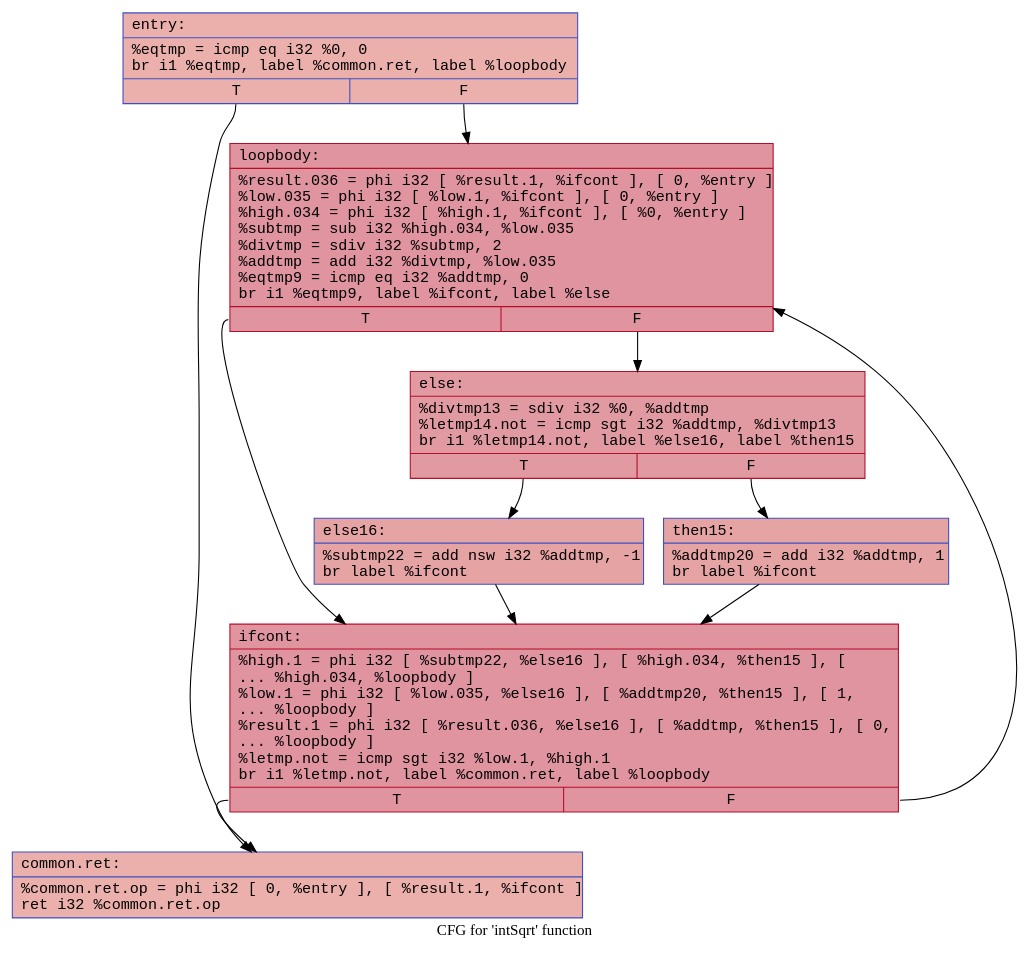
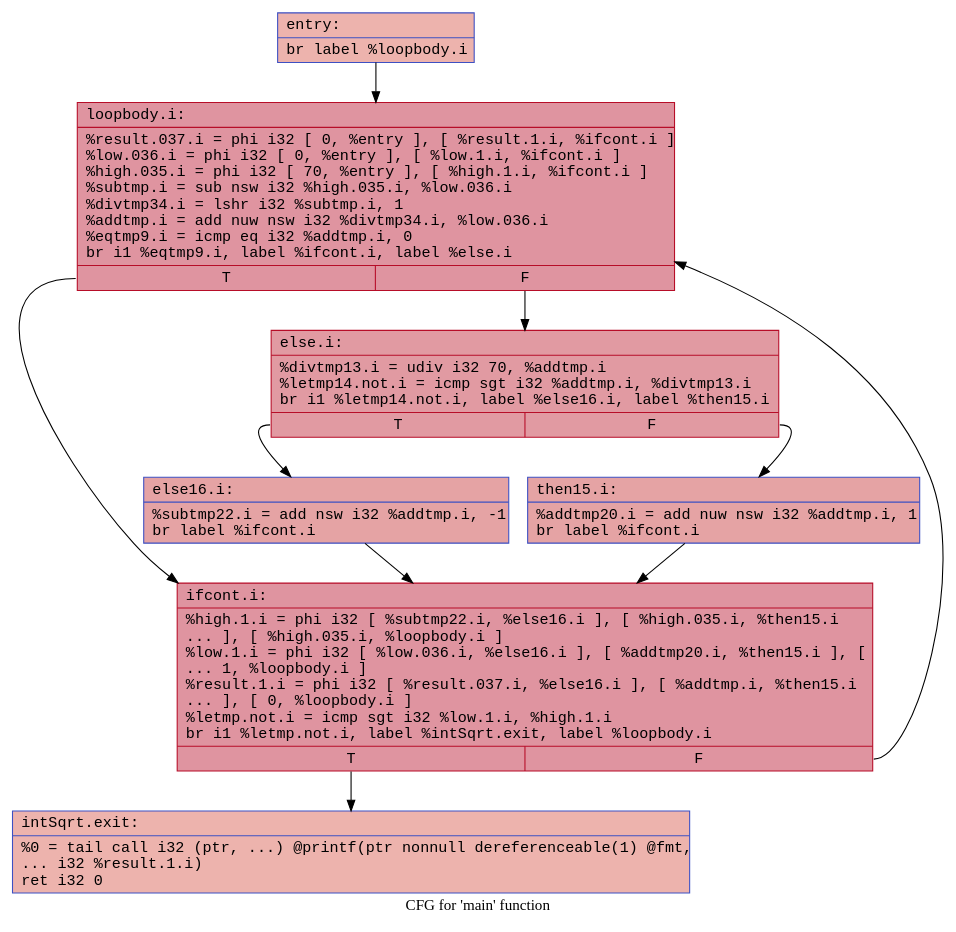
Before and after one commit to twanman1412/blueprintScript: the third of 4 diagrams in examples/int_sqrt/int_sqrt.md, drawn with Graphviz. The commit also changed other lines of this file and 58 other files, not shown here.

````diff
--- a/examples/int_sqrt/int_sqrt.md
+++ b/examples/int_sqrt/int_sqrt.md
@@ -57,23 +88,22 @@
 ```dot
-digraph "CFG for 'intSqrt' function" {
-	label="CFG for 'intSqrt' function";
+digraph "CFG for 'main' function" {
+	label="CFG for 'main' function";
 
-	Node0x5601991866d0 [shape=record,color="#3d50c3ff", style=filled, fillcolor="#d24b4070", fontname="Courier",label="{entry:\l|  %eqtmp = icmp eq i32 %0, 0\l  br i1 %eqtmp, label %common.ret, label %loopbody\l|{<s0>T|<s1>F}}"];
-	Node0x5601991866d0:s0 -> Node0x560199186810;
-	Node0x5601991866d0:s1 -> Node0x560199186d40;
-	Node0x560199186810 [shape=record,color="#3d50c3ff", style=filled, fillcolor="#d24b4070", fontname="Courier",label="{common.ret:\l|  %common.ret.op = phi i32 [ 0, %entry ], [ %result.1, %ifcont ]\l  ret i32 %common.ret.op\l}"];
-	Node0x560199186d40 [shape=record,color="#b70d28ff", style=filled, fillcolor="#b70d2870", fontname="Courier",label="{loopbody:\l|  %result.036 = phi i32 [ %result.1, %ifcont ], [ 0, %entry ]\l  %low.035 = phi i32 [ %low.1, %ifcont ], [ 0, %entry ]\l  %high.034 = phi i32 [ %high.1, %ifcont ], [ %0, %entry ]\l  %subtmp = sub i32 %high.034, %low.035\l  %divtmp = sdiv i32 %subtmp, 2\l  %addtmp = add i32 %divtmp, %low.035\l  %eqtmp9 = icmp eq i32 %addtmp, 0\l  br i1 %eqtmp9, label %ifcont, label %else\l|{<s0>T|<s1>F}}"];
-	Node0x560199186d40:s0 -> Node0x560199186f40;
-	Node0x560199186d40:s1 -> Node0x560199187c00;
-	Node0x560199187c00 [shape=record,color="#b70d28ff", style=filled, fillcolor="#bb1b2c70", fontname="Courier",label="{else:\l|  %divtmp13 = sdiv i32 %0, %addtmp\l  %letmp14.not = icmp sgt i32 %addtmp, %divtmp13\l  br i1 %letmp14.not, label %else16, label %then15\l|{<s0>T|<s1>F}}"];
-	Node0x560199187c00:s0 -> Node0x560199187c80;
-	Node0x560199187c00:s1 -> Node0x560199187e70;
-	Node0x560199186f40 [shape=record,color="#b70d28ff", style=filled, fillcolor="#b70d2870", fontname="Courier",label="{ifcont:\l|  %high.1 = phi i32 [ %subtmp22, %else16 ], [ %high.034, %then15 ], [\l... %high.034, %loopbody ]\l  %low.1 = phi i32 [ %low.035, %else16 ], [ %addtmp20, %then15 ], [ 1,\l... %loopbody ]\l  %result.1 = phi i32 [ %result.036, %else16 ], [ %addtmp, %then15 ], [ 0,\l... %loopbody ]\l  %letmp.not = icmp sgt i32 %low.1, %high.1\l  br i1 %letmp.not, label %common.ret, label %loopbody\l|{<s0>T|<s1>F}}"];
-	Node0x560199186f40:s0 -> Node0x560199186810;
-	Node0x560199186f40:s1 -> Node0x560199186d40;
-	Node0x560199187e70 [shape=record,color="#3d50c3ff", style=filled, fillcolor="#c32e3170", fontname="Courier",label="{then15:\l|  %addtmp20 = add i32 %addtmp, 1\l  br label %ifcont\l}"];
-	Node0x560199187e70 -> Node0x560199186f40;
-	Node0x560199187c80 [shape=record,color="#3d50c3ff", style=filled, fillcolor="#c32e3170", fontname="Courier",label="{else16:\l|  %subtmp22 = add nsw i32 %addtmp, -1\l  br label %ifcont\l}"];
-	Node0x560199187c80 -> Node0x560199186f40;
+	Node0x55582635c380 [shape=record,color="#3d50c3ff", style=filled, fillcolor="#d6524470", fontname="Courier",label="{entry:\l|  br label %loopbody.i\l}"];
+	Node0x55582635c380 -> Node0x55582635c440;
+	Node0x55582635c440 [shape=record,color="#b70d28ff", style=filled, fillcolor="#b70d2870", fontname="Courier",label="{loopbody.i:\l|  %result.037.i = phi i32 [ 0, %entry ], [ %result.1.i, %ifcont.i ]\l  %low.036.i = phi i32 [ 0, %entry ], [ %low.1.i, %ifcont.i ]\l  %high.035.i = phi i32 [ 70, %entry ], [ %high.1.i, %ifcont.i ]\l  %subtmp.i = sub nsw i32 %high.035.i, %low.036.i\l  %divtmp34.i = lshr i32 %subtmp.i, 1\l  %addtmp.i = add nuw nsw i32 %divtmp34.i, %low.036.i\l  %eqtmp9.i = icmp eq i32 %addtmp.i, 0\l  br i1 %eqtmp9.i, label %ifcont.i, label %else.i\l|{<s0>T|<s1>F}}"];
+	Node0x55582635c440:s0 -> Node0x55582635e7f0;
+	Node0x55582635c440:s1 -> Node0x55582635f860;
+	Node0x55582635f860 [shape=record,color="#b70d28ff", style=filled, fillcolor="#bb1b2c70", fontname="Courier",label="{else.i:\l|  %divtmp13.i = udiv i32 70, %addtmp.i\l  %letmp14.not.i = icmp sgt i32 %addtmp.i, %divtmp13.i\l  br i1 %letmp14.not.i, label %else16.i, label %then15.i\l|{<s0>T|<s1>F}}"];
+	Node0x55582635f860:s0 -> Node0x55582635f8e0;
+	Node0x55582635f860:s1 -> Node0x55582635fae0;
+	Node0x55582635e7f0 [shape=record,color="#b70d28ff", style=filled, fillcolor="#b70d2870", fontname="Courier",label="{ifcont.i:\l|  %high.1.i = phi i32 [ %subtmp22.i, %else16.i ], [ %high.035.i, %then15.i\l... ], [ %high.035.i, %loopbody.i ]\l  %low.1.i = phi i32 [ %low.036.i, %else16.i ], [ %addtmp20.i, %then15.i ], [\l... 1, %loopbody.i ]\l  %result.1.i = phi i32 [ %result.037.i, %else16.i ], [ %addtmp.i, %then15.i\l... ], [ 0, %loopbody.i ]\l  %letmp.not.i = icmp sgt i32 %low.1.i, %high.1.i\l  br i1 %letmp.not.i, label %intSqrt.exit, label %loopbody.i\l|{<s0>T|<s1>F}}"];
+	Node0x55582635e7f0:s0 -> Node0x55582635e280;
+	Node0x55582635e7f0:s1 -> Node0x55582635c440;
+	Node0x55582635fae0 [shape=record,color="#3d50c3ff", style=filled, fillcolor="#c32e3170", fontname="Courier",label="{then15.i:\l|  %addtmp20.i = add nuw nsw i32 %addtmp.i, 1\l  br label %ifcont.i\l}"];
+	Node0x55582635fae0 -> Node0x55582635e7f0;
+	Node0x55582635f8e0 [shape=record,color="#3d50c3ff", style=filled, fillcolor="#c32e3170", fontname="Courier",label="{else16.i:\l|  %subtmp22.i = add nsw i32 %addtmp.i, -1\l  br label %ifcont.i\l}"];
+	Node0x55582635f8e0 -> Node0x55582635e7f0;
+	Node0x55582635e280 [shape=record,color="#3d50c3ff", style=filled, fillcolor="#d6524470", fontname="Courier",label="{intSqrt.exit:\l|  %0 = tail call i32 (ptr, ...) @printf(ptr nonnull dereferenceable(1) @fmt,\l... i32 %result.1.i)\l  ret i32 0\l}"];
 }
 ```
````
